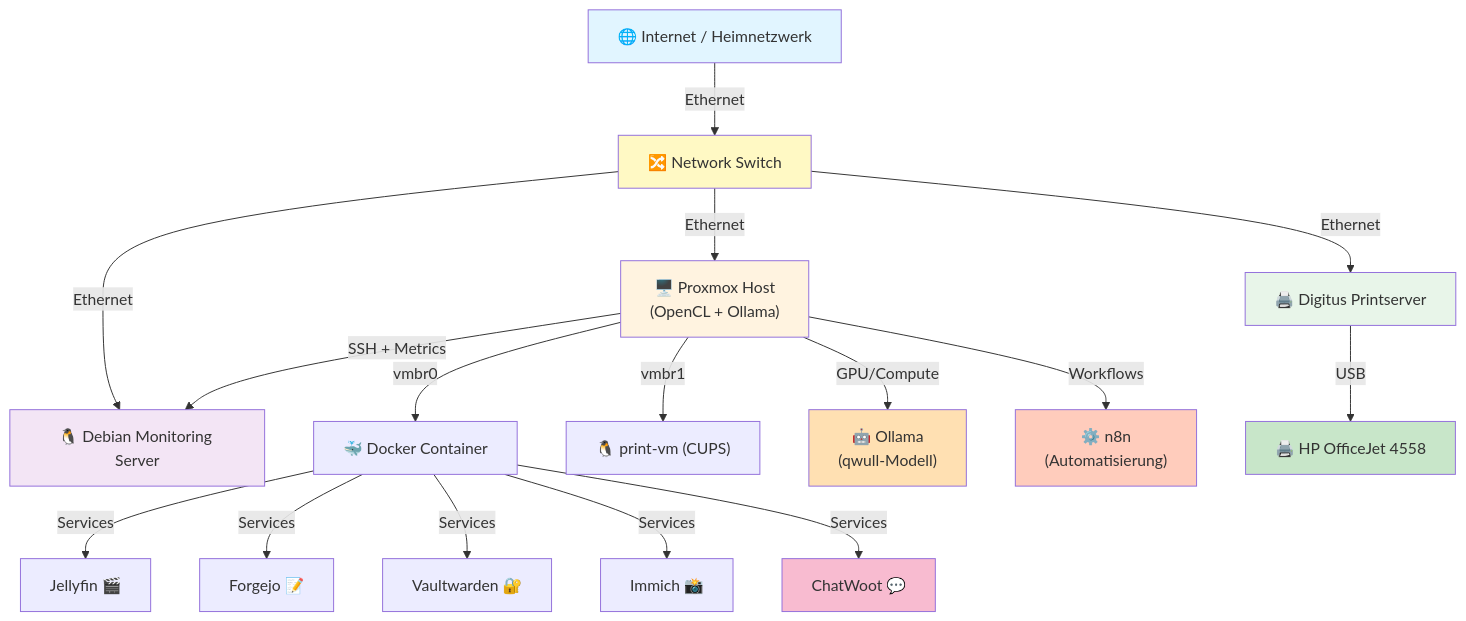
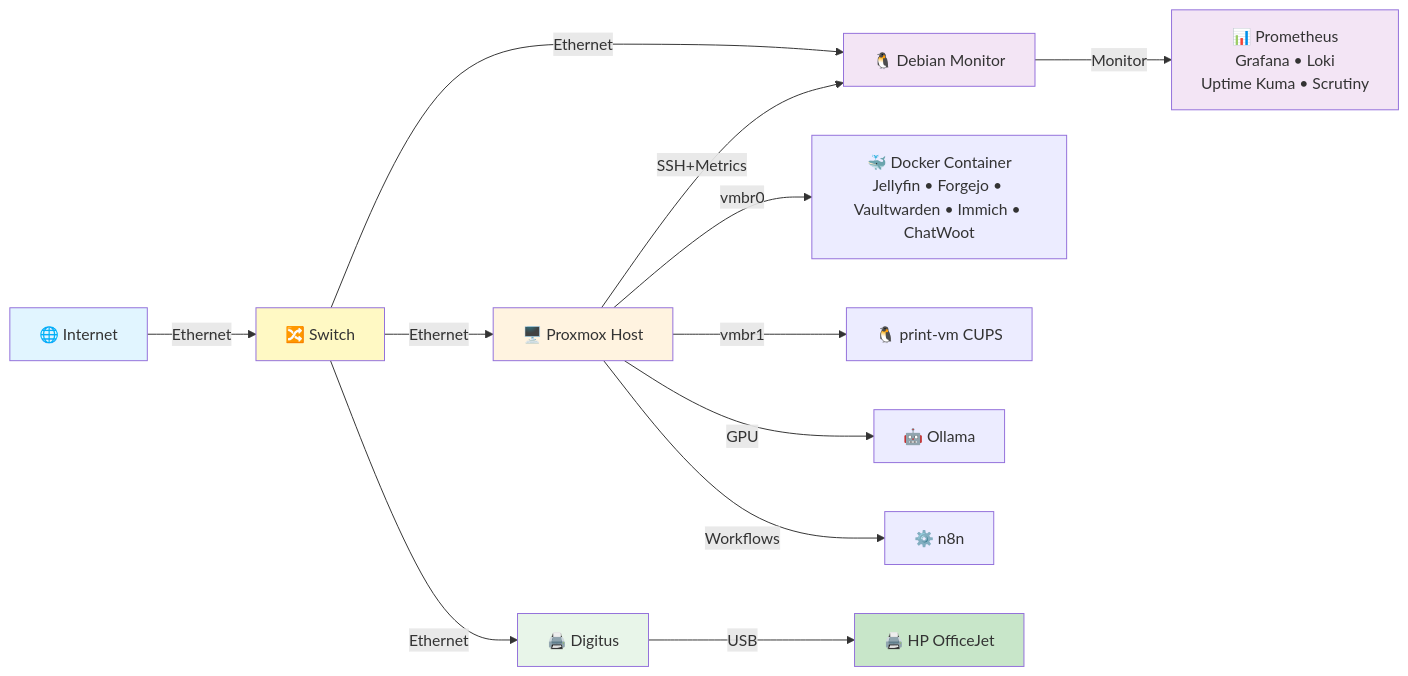
One commit to Hoinkkoma/homlap- changed the diagram in README.md. Above: the diagram before and after it, drawn with Mermaid. The commit also changed other lines of this file, not shown here.

````diff
--- a/README.md
+++ b/README.md
@@ -189,35 +24,29 @@
 ```mermaid
-graph TD
-    WAN["🌐 Internet / Heimnetzwerk"]
-    SW["🔀 Network Switch"]
+graph LR
+    WAN["🌐 Internet"]
+    SW["🔀 Switch"]
     
     WAN -->|Ethernet| SW
     
-    SW -->|Ethernet| PROX["🖥️ Proxmox Host<br/>(OpenCL + Ollama)"]
-    SW -->|Ethernet| DEB["🐧 Debian Monitoring Server"]
-    SW -->|Ethernet| DIGI["🖨️ Digitus Printserver"]
+    SW -->|Ethernet| PROX["🖥️ Proxmox Host"]
+    SW -->|Ethernet| DEB["🐧 Debian Monitor"]
+    SW -->|Ethernet| DIGI["🖨️ Digitus"]
     
-    PROX -->|SSH + Metrics| DEB
-    PROX -->|vmbr0| DOCKER["🐳 Docker Container"]
-    PROX -->|vmbr1| PRINT_VM["🐧 print-vm (CUPS)"]
-    PROX -->|GPU/Compute| OLLAMA["🤖 Ollama<br/>(qwull-Modell)"]
-    PROX -->|Workflows| N8N["⚙️ n8n<br/>(Automatisierung)"]
+    PROX -->|SSH+Metrics| DEB
+    PROX -->|vmbr0| DOCKER["🐳 Docker Container<br/>Jellyfin • Forgejo • Vaultwarden • Immich • ChatWoot"]
+    PROX -->|vmbr1| PRINT["🐧 print-vm CUPS"]
+    PROX -->|GPU| OLLAMA["🤖 Ollama"]
+    PROX -->|Workflows| N8N["⚙️ n8n"]
     
-    DOCKER -->|Services| JELLY["Jellyfin 🎬"]
-    DOCKER -->|Services| FORGE["Forgejo 📝"]
-    DOCKER -->|Services| VAULT["Vaultwarden 🔐"]
-    DOCKER -->|Services| IMMICH["Immich 📸"]
-    DOCKER -->|Services| CHAT["ChatWoot 💬"]
+    DIGI -->|USB| HP["🖨️ HP OfficeJet"]
     
-    DIGI -->|USB| HP["🖨️ HP OfficeJet 4558"]
+    DEB -->|Monitor| MON["📊 Prometheus<br/>Grafana • Loki<br/>Uptime Kuma • Scrutiny"]
     
     style WAN fill:#e1f5ff
     style SW fill:#fff9c4
     style PROX fill:#fff3e0
     style DEB fill:#f3e5f5
+    style MON fill:#f3e5f5
     style DIGI fill:#e8f5e9
     style HP fill:#c8e6c9
-    style OLLAMA fill:#ffe0b2
-    style N8N fill:#ffccbc
-    style CHAT fill:#f8bbd0
 ```
````
